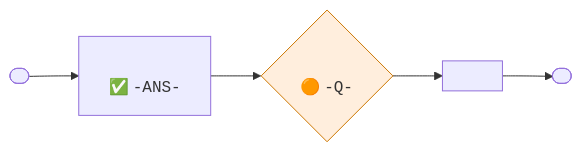
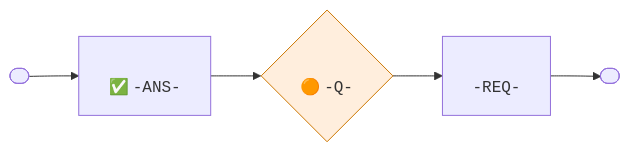
The diagram in skills/signoff/templates/signoff-view.md (rehbeinjarrod/Jenny), drawn with Mermaid before and after one commit. The commit also changed other lines of this file and 85 other files, not shown here.

````diff
--- a/skills/signoff/templates/signoff-view.md
+++ b/skills/signoff/templates/signoff-view.md
@@ -55,10 +65,10 @@
 ```mermaid
 flowchart LR
-  start([<Where it starts>]) --> a[<A step><br/>✅ <CODE>-ANS-<nnn>]
-  a --> b{<A choice><br/>🟠 <CODE>-Q-<nnn>}
-  b -->|<answer>| c[<A step>]
+  start([<Where it starts>]) --> a[<A step in about 8 plain words><br/>✅ <CODE>-ANS-<nnn>]
+  a --> b{<A choice in about 8 plain words><br/>🟠 <CODE>-Q-<nnn>}
+  b -->|<answer>| c[<A step in about 8 plain words><br/><CODE>-REQ-<nnn>]
   c --> stop([<Where it ends>])
   classDef guess fill:#fdd,stroke:#c00
   classDef open fill:#fed,stroke:#c70
   class b open
 ```
````
